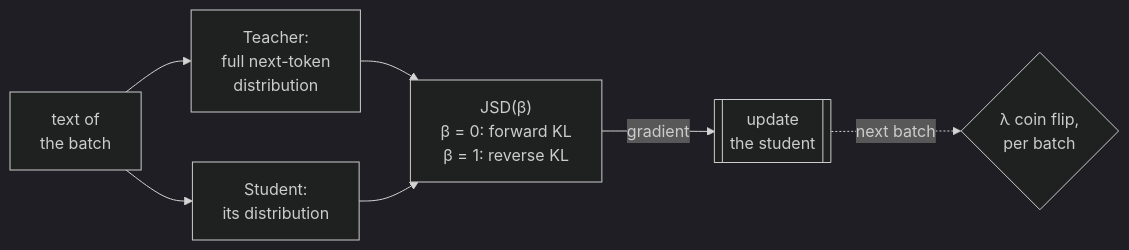
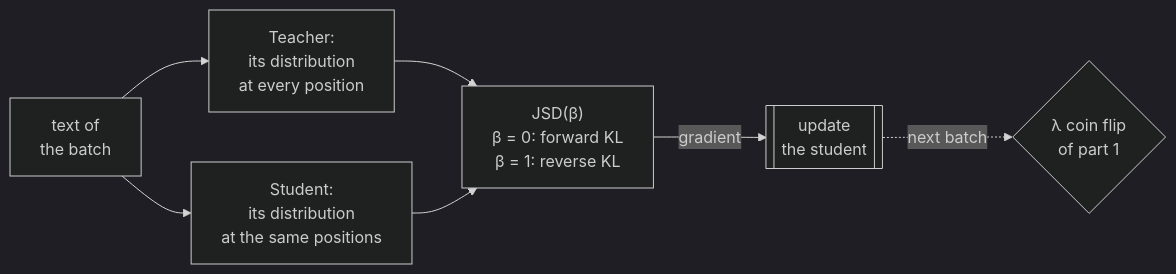
Before and after one commit to aniryou/full-stack-agentic-engineer: the second of 3 diagrams in 00-foundations/distillation/PRIMER.md, drawn with Mermaid (dark theme). The commit also changed other lines of this file and 49 other files, not shown here.

````diff
--- a/00-foundations/distillation/PRIMER.md
+++ b/00-foundations/distillation/PRIMER.md
@@ -374,9 +374,9 @@
 ```mermaid
 flowchart LR
-  X["text of<br/>the batch"] --> TS["Teacher:<br/>full next-token<br/>distribution"]
-  X --> SS["Student:<br/>its distribution"]
+  X["text of<br/>the batch"] --> TS["Teacher:<br/>its distribution<br/>at every position"]
+  X --> SS["Student:<br/>its distribution<br/>at the same positions"]
   TS --> J["JSD(β)<br/>β = 0: forward KL<br/>β = 1: reverse KL"]
   SS --> J
   J -->|"gradient"| U[["update<br/>the student"]]
-  U -.->|"next batch"| C{"λ coin flip,<br/>per batch"}
+  U -.->|"next batch"| C{"λ coin flip<br/>of part 1"}
 ```
````
